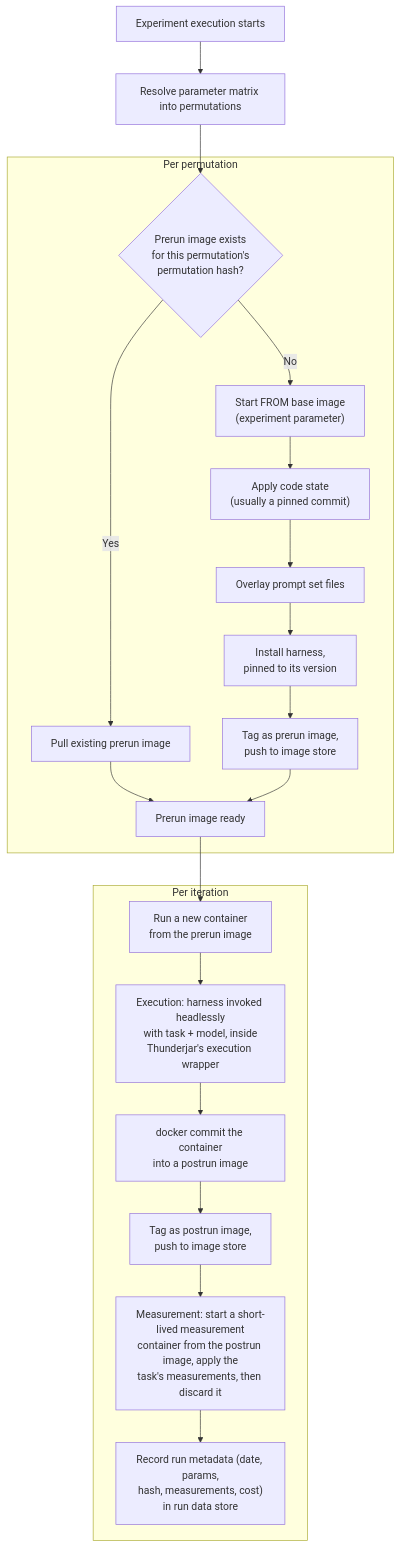
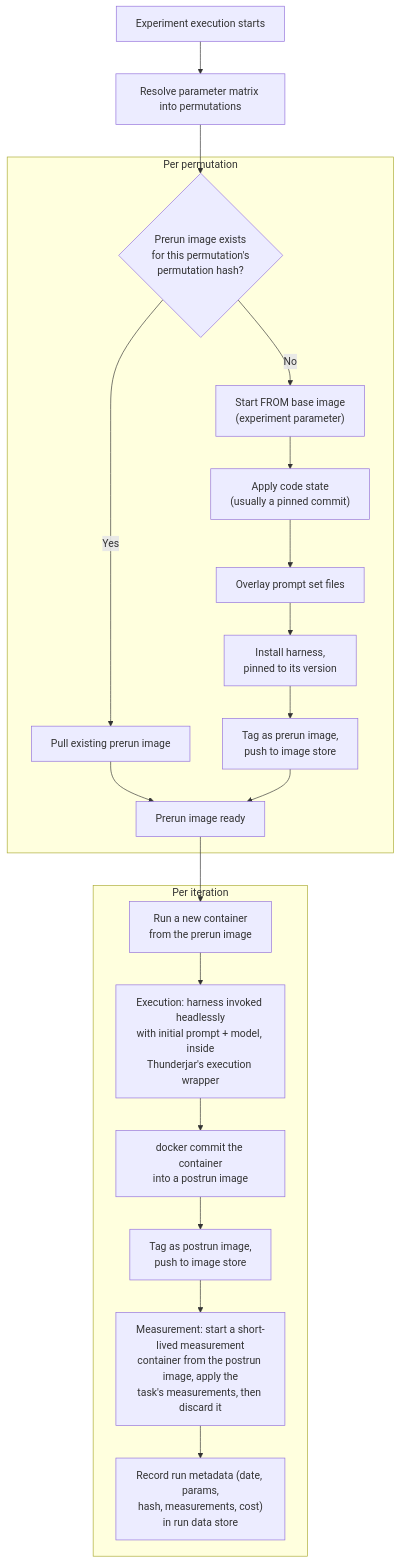
The diagram in 080-docker-execution.md (dwjohnston/thunderjar), drawn with Mermaid before and after one commit. The commit also changed 13 other files, not shown here.

First line of the commit message:
Add initial prompt variants to the task spec

````diff
--- a/080-docker-execution.md
+++ b/080-docker-execution.md
@@ -11,28 +11,28 @@
 ```mermaid
 flowchart TD
     A["Experiment execution starts"] --> B["Resolve parameter matrix into permutations"]
     B --> C
 
     subgraph PERM["Per permutation"]
         C{"Prerun image exists<br/>for this permutation's<br/>permutation hash?"}
         C -- Yes --> D["Pull existing prerun image"]
         C -- No --> E["Start FROM base image<br/>(experiment parameter)"]
         E --> F["Apply code state<br/>(usually a pinned commit)"]
         F --> G["Overlay prompt set files"]
         G --> H["Install harness,<br/>pinned to its version"]
         H --> I["Tag as prerun image,<br/>push to image store"]
         D --> J["Prerun image ready"]
         I --> J
     end
 
     subgraph ITER["Per iteration"]
         K["Run a new container<br/>from the prerun image"]
-        K --> L["Execution: harness invoked headlessly<br/>with task + model, inside<br/>Thunderjar's execution wrapper"]
+        K --> L["Execution: harness invoked headlessly<br/>with initial prompt + model, inside<br/>Thunderjar's execution wrapper"]
         L --> M["docker commit the container<br/>into a postrun image"]
         M --> N["Tag as postrun image,<br/>push to image store"]
         N --> O["Measurement: start a short-lived measurement<br/>container from the postrun image, apply the<br/>task's measurements, then discard it"]
         O --> P["Record run metadata (date, params,<br/>hash, measurements, cost)<br/>in run data store"]
     end
 
     J --> K
 ```
````
